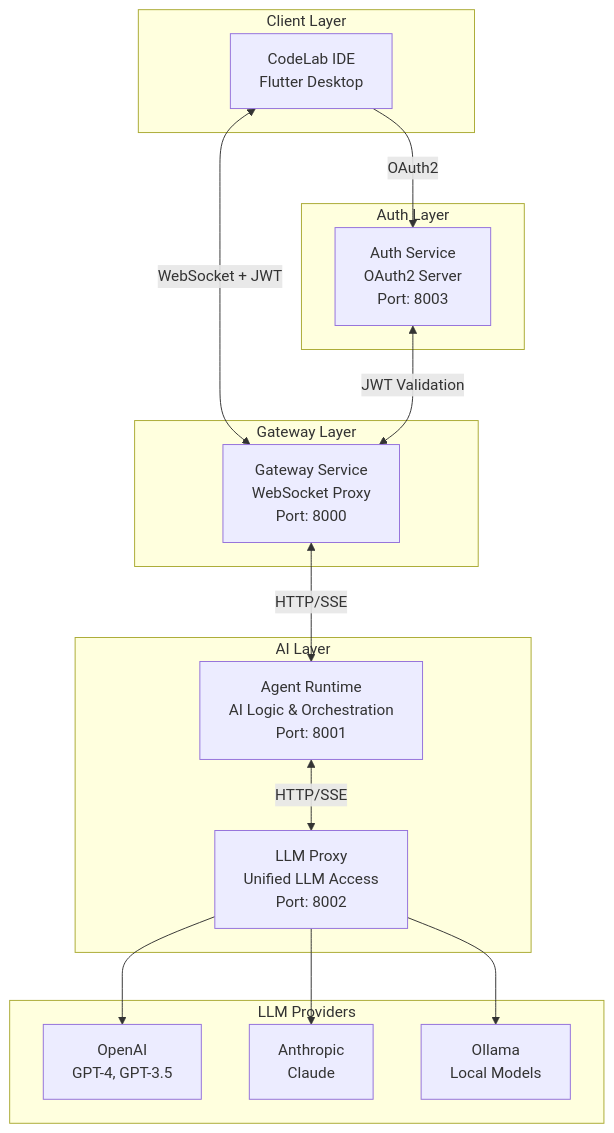
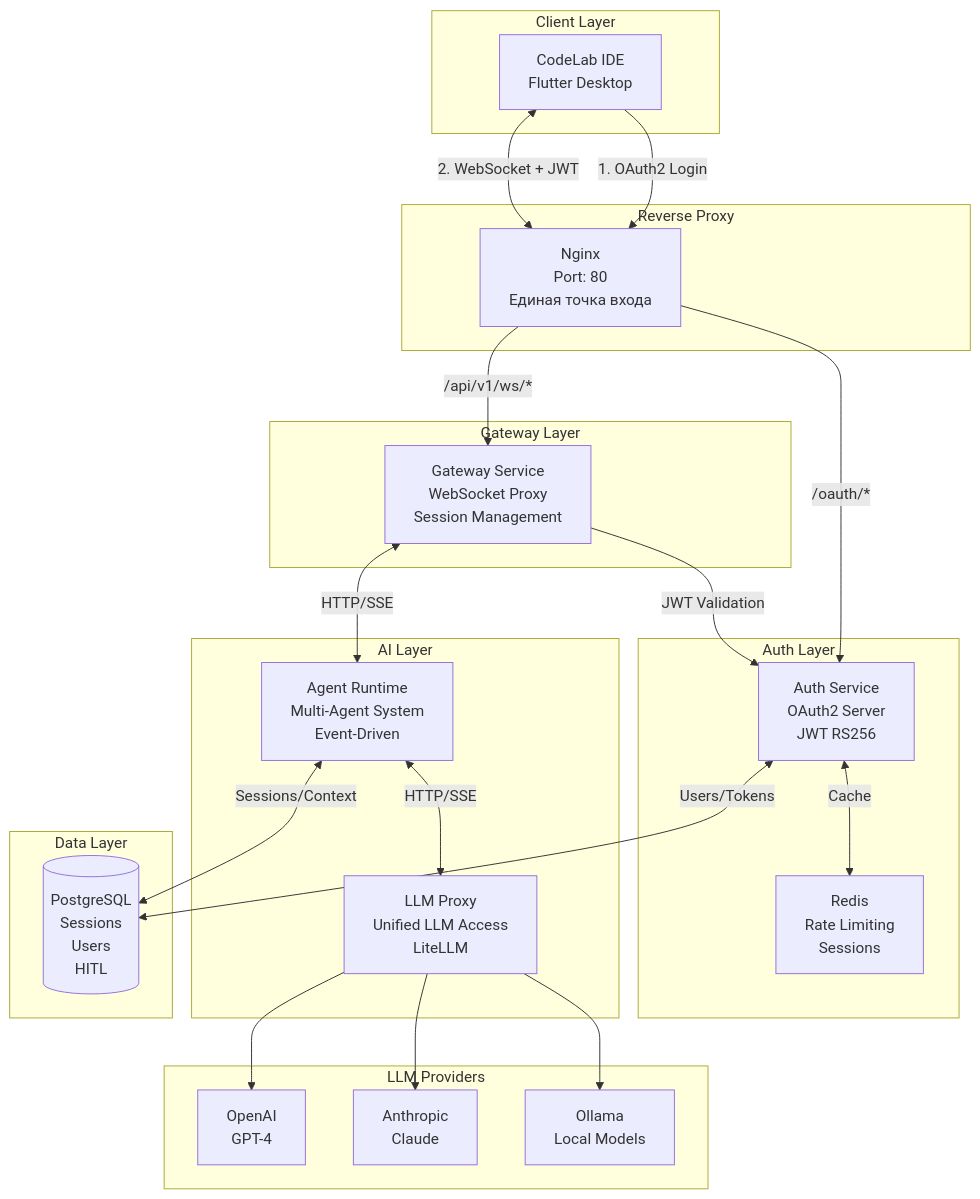
One commit to pese-git/codelab-website changed the first of 3 diagrams in docs/architecture/overview.md. Above: the diagram before and after it, drawn with Mermaid. The commit also changed other lines of this file and 46 other files, not shown here.

````diff
--- a/docs/architecture/overview.md
+++ b/docs/architecture/overview.md
@@ -11,34 +11,51 @@
 ```mermaid
 flowchart TB
     subgraph "Client Layer"
         IDE[CodeLab IDE<br/>Flutter Desktop]
     end
     
-    subgraph "Gateway Layer"
-        GW[Gateway Service<br/>WebSocket Proxy<br/>Port: 8000]
+    subgraph "Reverse Proxy"
+        NGINX[Nginx<br/>Port: 80<br/>Единая точка входа]
     end
     
     subgraph "Auth Layer"
-        AUTH[Auth Service<br/>OAuth2 Server<br/>Port: 8003]
+        AUTH[Auth Service<br/>OAuth2 Server<br/>JWT RS256]
+        REDIS[Redis<br/>Rate Limiting<br/>Sessions]
+    end
+    
+    subgraph "Gateway Layer"
+        GW[Gateway Service<br/>WebSocket Proxy<br/>Session Management]
     end
     
     subgraph "AI Layer"
-        AR[Agent Runtime<br/>AI Logic & Orchestration<br/>Port: 8001]
-        LP[LLM Proxy<br/>Unified LLM Access<br/>Port: 8002]
+        AR[Agent Runtime<br/>Multi-Agent System<br/>Event-Driven]
+        LP[LLM Proxy<br/>Unified LLM Access<br/>LiteLLM]
+    end
+    
+    subgraph "Data Layer"
+        PG[(PostgreSQL<br/>Sessions<br/>Users<br/>HITL)]
     end
     
     subgraph "LLM Providers"
-        OAI[OpenAI<br/>GPT-4, GPT-3.5]
+        OAI[OpenAI<br/>GPT-4]
         ANT[Anthropic<br/>Claude]
         OLL[Ollama<br/>Local Models]
     end
     
-    IDE -->|OAuth2| AUTH
-    IDE <-->|WebSocket + JWT| GW
-    AUTH <-->|JWT Validation| GW
+    IDE -->|1. OAuth2 Login| NGINX
+    NGINX -->|/oauth/*| AUTH
+    AUTH <-->|Cache| REDIS
+    AUTH <-->|Users/Tokens| PG
+    
+    IDE <-->|2. WebSocket + JWT| NGINX
+    NGINX -->|/api/v1/ws/*| GW
+    GW -->|JWT Validation| AUTH
     GW <-->|HTTP/SSE| AR
+    
+    AR <-->|Sessions/Context| PG
     AR <-->|HTTP/SSE| LP
+    
     LP --> OAI
     LP --> ANT
     LP --> OLL
 ```
````
